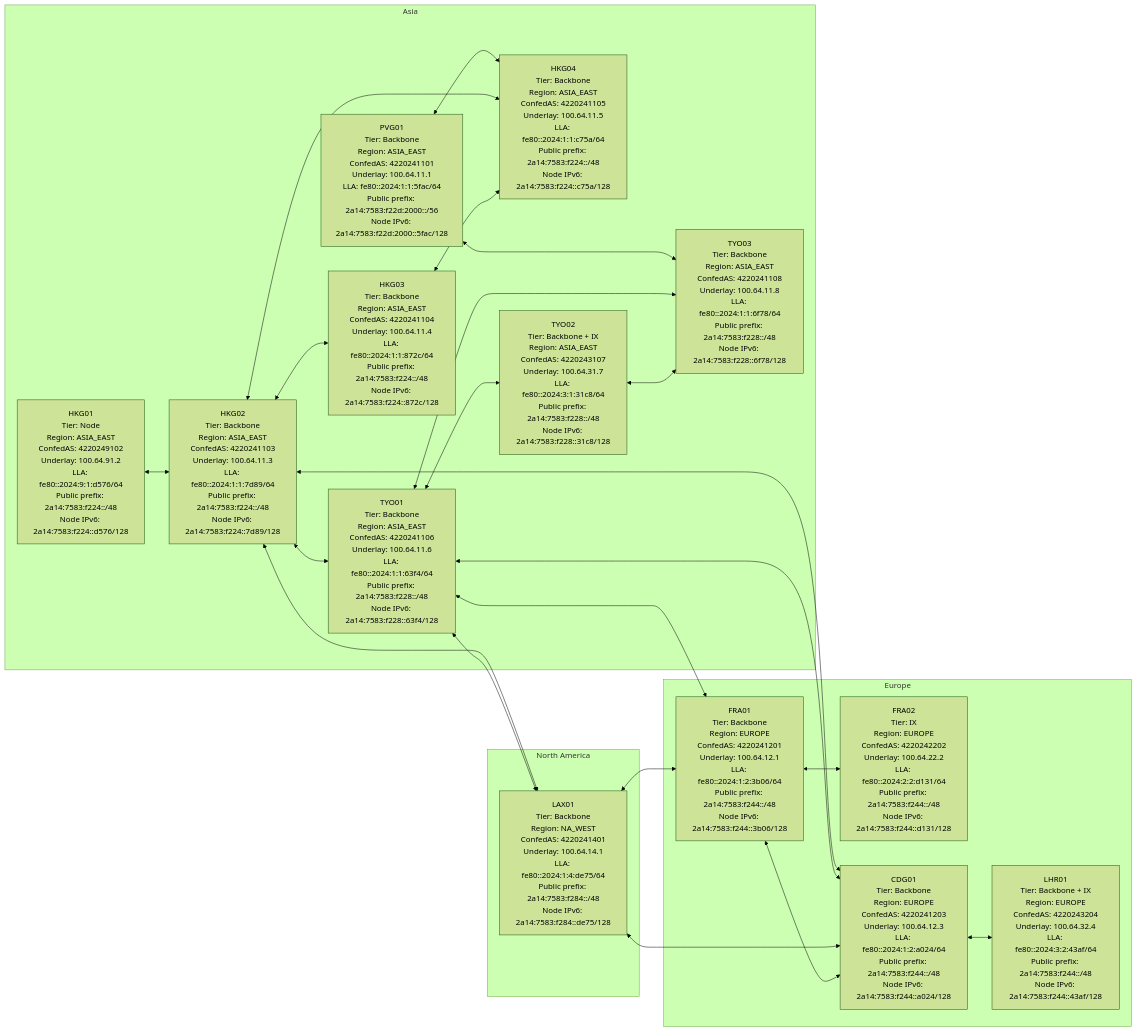
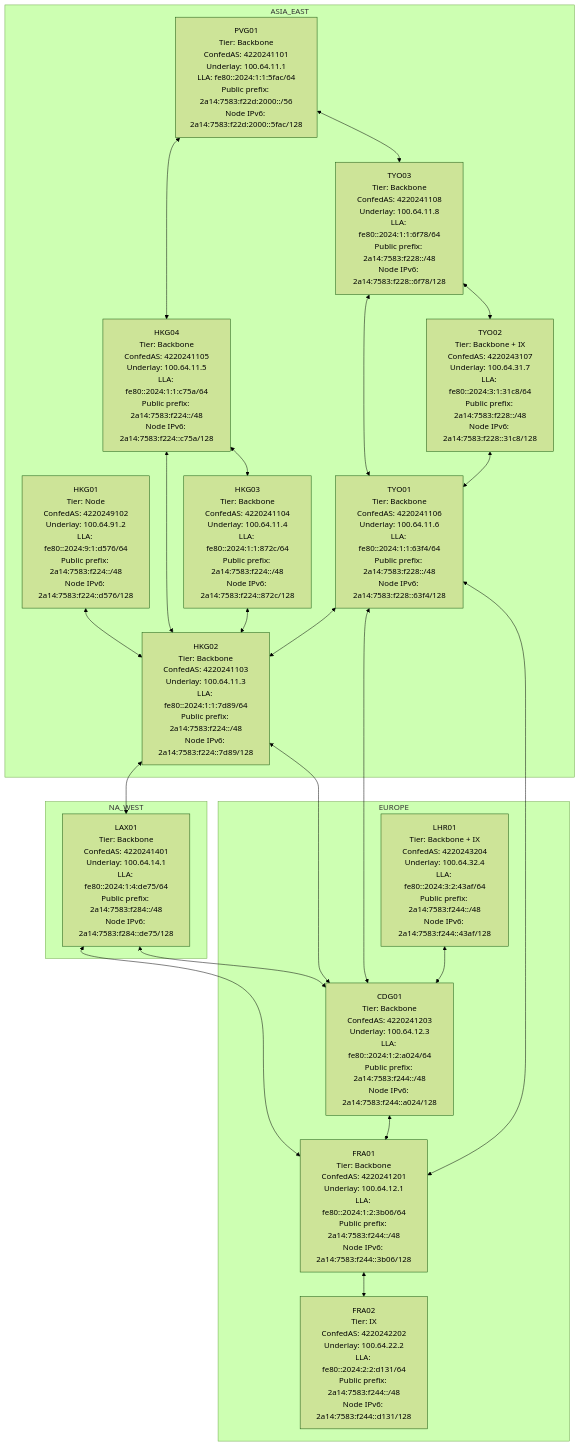
One commit to iYoRoy-Network/bird2-config changed the diagram in graph.md. Above: the diagram before and after it, drawn with Mermaid (forest theme).

Commit message:
chore(graph): update layout

````diff
--- a/graph.md
+++ b/graph.md
@@ -1,45 +1,45 @@
 ```mermaid
-graph LR
-    subgraph Asia
-        PVG01[PVG01<br>Tier: Backbone<br>Region: ASIA_EAST<br>ConfedAS: 4220241101<br>Underlay: 100.64.11.1<br>LLA: fe80::2024:1:1:5fac/64<br>Public prefix: 2a14:7583:f22d:2000::/56<br>Node IPv6: 2a14:7583:f22d:2000::5fac/128]
-        HKG01[HKG01<br>Tier: Node<br>Region: ASIA_EAST<br>ConfedAS: 4220249102<br>Underlay: 100.64.91.2<br>LLA: fe80::2024:9:1:d576/64<br>Public prefix: 2a14:7583:f224::/48<br>Node IPv6: 2a14:7583:f224::d576/128]
-        HKG02[HKG02<br>Tier: Backbone<br>Region: ASIA_EAST<br>ConfedAS: 4220241103<br>Underlay: 100.64.11.3<br>LLA: fe80::2024:1:1:7d89/64<br>Public prefix: 2a14:7583:f224::/48<br>Node IPv6: 2a14:7583:f224::7d89/128]
-        HKG03[HKG03<br>Tier: Backbone<br>Region: ASIA_EAST<br>ConfedAS: 4220241104<br>Underlay: 100.64.11.4<br>LLA: fe80::2024:1:1:872c/64<br>Public prefix: 2a14:7583:f224::/48<br>Node IPv6: 2a14:7583:f224::872c/128]
-        HKG04[HKG04<br>Tier: Backbone<br>Region: ASIA_EAST<br>ConfedAS: 4220241105<br>Underlay: 100.64.11.5<br>LLA: fe80::2024:1:1:c75a/64<br>Public prefix: 2a14:7583:f224::/48<br>Node IPv6: 2a14:7583:f224::c75a/128]
-        TYO01[TYO01<br>Tier: Backbone<br>Region: ASIA_EAST<br>ConfedAS: 4220241106<br>Underlay: 100.64.11.6<br>LLA: fe80::2024:1:1:63f4/64<br>Public prefix: 2a14:7583:f228::/48<br>Node IPv6: 2a14:7583:f228::63f4/128]
-        TYO02[TYO02<br>Tier: Backbone + IX<br>Region: ASIA_EAST<br>ConfedAS: 4220243107<br>Underlay: 100.64.31.7<br>LLA: fe80::2024:3:1:31c8/64<br>Public prefix: 2a14:7583:f228::/48<br>Node IPv6: 2a14:7583:f228::31c8/128]
-        TYO03[TYO03<br>Tier: Backbone<br>Region: ASIA_EAST<br>ConfedAS: 4220241108<br>Underlay: 100.64.11.8<br>LLA: fe80::2024:1:1:6f78/64<br>Public prefix: 2a14:7583:f228::/48<br>Node IPv6: 2a14:7583:f228::6f78/128]
+graph TB
+    subgraph ASIA_EAST
+        PVG01[PVG01<br>Tier: Backbone<br>ConfedAS: 4220241101<br>Underlay: 100.64.11.1<br>LLA: fe80::2024:1:1:5fac/64<br>Public prefix: 2a14:7583:f22d:2000::/56<br>Node IPv6: 2a14:7583:f22d:2000::5fac/128]
+        HKG01[HKG01<br>Tier: Node<br>ConfedAS: 4220249102<br>Underlay: 100.64.91.2<br>LLA: fe80::2024:9:1:d576/64<br>Public prefix: 2a14:7583:f224::/48<br>Node IPv6: 2a14:7583:f224::d576/128]
+        HKG02[HKG02<br>Tier: Backbone<br>ConfedAS: 4220241103<br>Underlay: 100.64.11.3<br>LLA: fe80::2024:1:1:7d89/64<br>Public prefix: 2a14:7583:f224::/48<br>Node IPv6: 2a14:7583:f224::7d89/128]
+        HKG03[HKG03<br>Tier: Backbone<br>ConfedAS: 4220241104<br>Underlay: 100.64.11.4<br>LLA: fe80::2024:1:1:872c/64<br>Public prefix: 2a14:7583:f224::/48<br>Node IPv6: 2a14:7583:f224::872c/128]
+        HKG04[HKG04<br>Tier: Backbone<br>ConfedAS: 4220241105<br>Underlay: 100.64.11.5<br>LLA: fe80::2024:1:1:c75a/64<br>Public prefix: 2a14:7583:f224::/48<br>Node IPv6: 2a14:7583:f224::c75a/128]
+        TYO01[TYO01<br>Tier: Backbone<br>ConfedAS: 4220241106<br>Underlay: 100.64.11.6<br>LLA: fe80::2024:1:1:63f4/64<br>Public prefix: 2a14:7583:f228::/48<br>Node IPv6: 2a14:7583:f228::63f4/128]
+        TYO02[TYO02<br>Tier: Backbone + IX<br>ConfedAS: 4220243107<br>Underlay: 100.64.31.7<br>LLA: fe80::2024:3:1:31c8/64<br>Public prefix: 2a14:7583:f228::/48<br>Node IPv6: 2a14:7583:f228::31c8/128]
+        TYO03[TYO03<br>Tier: Backbone<br>ConfedAS: 4220241108<br>Underlay: 100.64.11.8<br>LLA: fe80::2024:1:1:6f78/64<br>Public prefix: 2a14:7583:f228::/48<br>Node IPv6: 2a14:7583:f228::6f78/128]
     end
 
-    subgraph Europe
-        FRA01[FRA01<br>Tier: Backbone<br>Region: EUROPE<br>ConfedAS: 4220241201<br>Underlay: 100.64.12.1<br>LLA: fe80::2024:1:2:3b06/64<br>Public prefix: 2a14:7583:f244::/48<br>Node IPv6: 2a14:7583:f244::3b06/128]
-        FRA02[FRA02<br>Tier: IX<br>Region: EUROPE<br>ConfedAS: 4220242202<br>Underlay: 100.64.22.2<br>LLA: fe80::2024:2:2:d131/64<br>Public prefix: 2a14:7583:f244::/48<br>Node IPv6: 2a14:7583:f244::d131/128]
-        CDG01[CDG01<br>Tier: Backbone<br>Region: EUROPE<br>ConfedAS: 4220241203<br>Underlay: 100.64.12.3<br>LLA: fe80::2024:1:2:a024/64<br>Public prefix: 2a14:7583:f244::/48<br>Node IPv6: 2a14:7583:f244::a024/128]
-        LHR01[LHR01<br>Tier: Backbone + IX<br>Region: EUROPE<br>ConfedAS: 4220243204<br>Underlay: 100.64.32.4<br>LLA: fe80::2024:3:2:43af/64<br>Public prefix: 2a14:7583:f244::/48<br>Node IPv6: 2a14:7583:f244::43af/128]
+    subgraph EUROPE
+        FRA01[FRA01<br>Tier: Backbone<br>ConfedAS: 4220241201<br>Underlay: 100.64.12.1<br>LLA: fe80::2024:1:2:3b06/64<br>Public prefix: 2a14:7583:f244::/48<br>Node IPv6: 2a14:7583:f244::3b06/128]
+        FRA02[FRA02<br>Tier: IX<br>ConfedAS: 4220242202<br>Underlay: 100.64.22.2<br>LLA: fe80::2024:2:2:d131/64<br>Public prefix: 2a14:7583:f244::/48<br>Node IPv6: 2a14:7583:f244::d131/128]
+        CDG01[CDG01<br>Tier: Backbone<br>ConfedAS: 4220241203<br>Underlay: 100.64.12.3<br>LLA: fe80::2024:1:2:a024/64<br>Public prefix: 2a14:7583:f244::/48<br>Node IPv6: 2a14:7583:f244::a024/128]
+        LHR01[LHR01<br>Tier: Backbone + IX<br>ConfedAS: 4220243204<br>Underlay: 100.64.32.4<br>LLA: fe80::2024:3:2:43af/64<br>Public prefix: 2a14:7583:f244::/48<br>Node IPv6: 2a14:7583:f244::43af/128]
     end
 
-    subgraph North America
-        LAX01[LAX01<br>Tier: Backbone<br>Region: NA_WEST<br>ConfedAS: 4220241401<br>Underlay: 100.64.14.1<br>LLA: fe80::2024:1:4:de75/64<br>Public prefix: 2a14:7583:f284::/48<br>Node IPv6: 2a14:7583:f284::de75/128]
+    subgraph NA_WEST
+        LAX01[LAX01<br>Tier: Backbone<br>ConfedAS: 4220241401<br>Underlay: 100.64.14.1<br>LLA: fe80::2024:1:4:de75/64<br>Public prefix: 2a14:7583:f284::/48<br>Node IPv6: 2a14:7583:f284::de75/128]
     end
 
-    PVG01 <--> HKG04
-    PVG01 <--> TYO03
-    HKG01 <--> HKG02
-    HKG02 <--> HKG03
-    HKG02 <--> HKG04
-    HKG03 <--> HKG04
-    HKG02 <--> TYO01
-    HKG02 <--> LAX01
-    HKG02 <--> CDG01
-    TYO01 <--> TYO03
-    TYO01 <--> TYO02
-    TYO02 <--> TYO03
-    TYO01 <--> LAX01
-    TYO01 <--> FRA01
-    TYO01 <--> CDG01
-    LAX01 <--> FRA01
-    LAX01 <--> CDG01
-    FRA01 <--> FRA02
-    FRA01 <--> CDG01
-    CDG01 <--> LHR01
+  
+    PVG01 <--> HKG04
+    PVG01 <--> TYO03
+    HKG01 <--> HKG02
+    HKG04 <--> HKG02
+    HKG04 <--> HKG03
+    HKG03 <--> HKG02
+    TYO01 <--> HKG02
+    HKG02 <--> LAX01
+    TYO03 <--> TYO01
+    LAX01 <--> FRA01
+    FRA01 <--> FRA02
+    TYO02 <--> TYO01
+    TYO03 <--> TYO02
+    LAX01 <--> CDG01
+    CDG01 <--> FRA01
+    HKG02 <--> CDG01
+    TYO01 <--> FRA01
+    TYO01 <--> CDG01
+    LHR01 <--> CDG01
 ```
````
